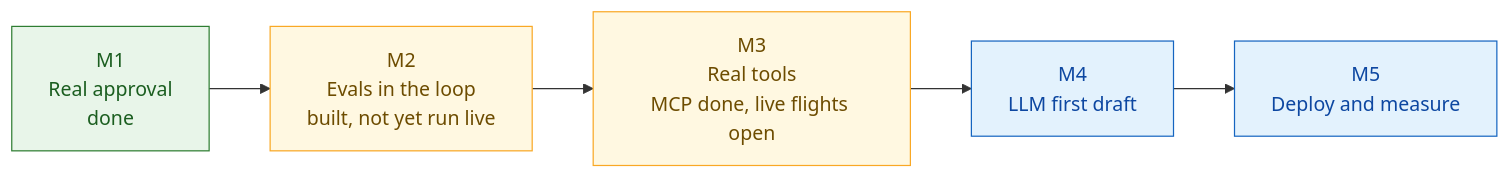
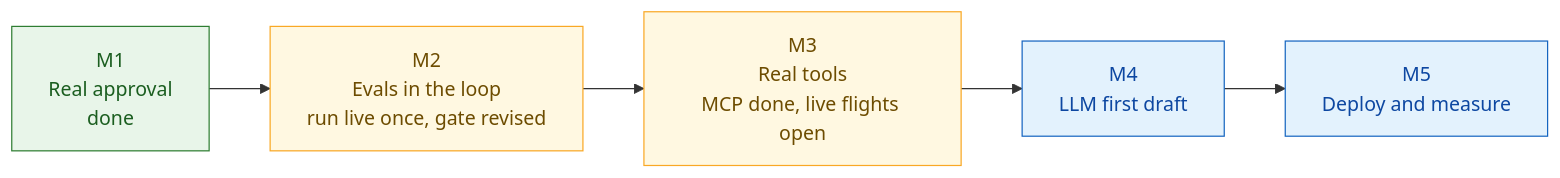
One commit to Amith-Ganta/Yatra-AI---A-Multi-Agent-Travel-Planner-with-LangGraph changed the eighth of 8 diagrams in README.md. Above: the diagram before and after it, drawn with Mermaid. The commit also changed other lines of this file and 9 other files, not shown here.

First line of the commit message:
Relabel the Tokyo golden, make two plan metrics report only, record the first live eval run

````diff
--- a/README.md
+++ b/README.md
@@ -384,14 +399,14 @@
 ```mermaid
 flowchart LR
-    M1["M1<br/>Real approval<br/>done"] --> M2["M2<br/>Evals in the loop<br/>built, not yet run live"]
+    M1["M1<br/>Real approval<br/>done"] --> M2["M2<br/>Evals in the loop<br/>run live once, gate revised"]
     M2 --> M3["M3<br/>Real tools<br/>MCP done, live flights open"]
     M3 --> M4["M4<br/>LLM first draft"]
     M4 --> M5["M5<br/>Deploy and measure"]
 
     classDef done fill:#e8f5e9,stroke:#2e7d32,color:#1b5e20;
     classDef part fill:#fff8e1,stroke:#f9a825,color:#6d4c00;
     classDef next fill:#e3f2fd,stroke:#1565c0,color:#0d47a1;
     class M1 done;
     class M2,M3 part;
     class M4,M5 next;
 ```
````
